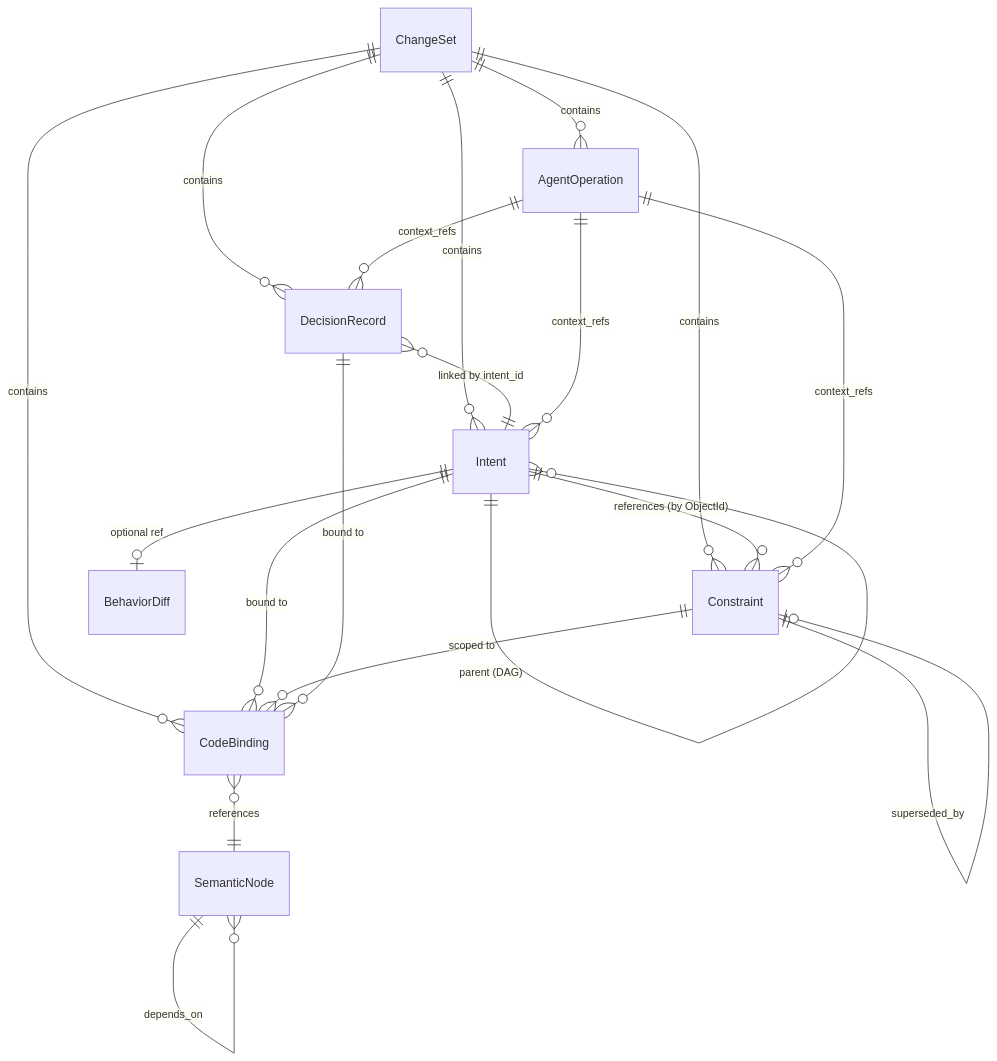
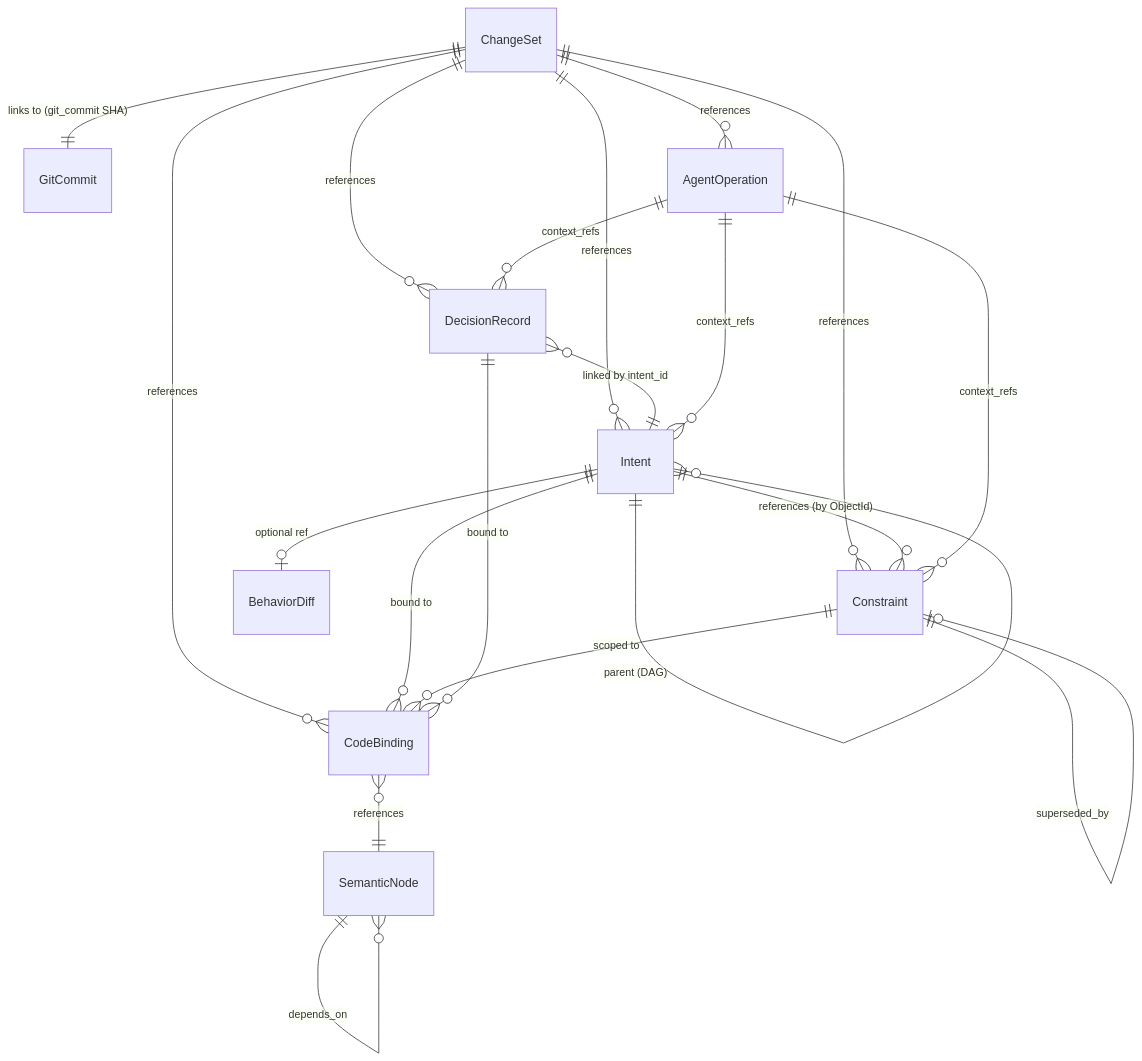
Before and after one commit to noahatfin/telos: the first of 6 diagrams in docs/TELOS_V2_DESIGN.md, drawn with Mermaid. The commit also changed other lines of this file, not shown here.

First line of the commit message:
Reframe v2 design: agent-first, permanently a Git layer

````diff
--- a/docs/TELOS_V2_DESIGN.md
+++ b/docs/TELOS_V2_DESIGN.md
@@ -180,26 +180,27 @@
 ```mermaid
 erDiagram
-    ChangeSet ||--o{ Intent : contains
-    ChangeSet ||--o{ Constraint : contains
-    ChangeSet ||--o{ DecisionRecord : contains
-    ChangeSet ||--o{ CodeBinding : contains
-    ChangeSet ||--o{ AgentOperation : contains
+    ChangeSet ||--|| GitCommit : "links to (git_commit SHA)"
+    ChangeSet ||--o{ Intent : references
+    ChangeSet ||--o{ Constraint : references
+    ChangeSet ||--o{ DecisionRecord : references
+    ChangeSet ||--o{ CodeBinding : references
+    ChangeSet ||--o{ AgentOperation : references
 
     Intent ||--o{ Constraint : "references (by ObjectId)"
     Intent ||--o{ CodeBinding : "bound to"
     Intent ||--o{ Intent : "parent (DAG)"
     Intent ||--o| BehaviorDiff : "optional ref"
 
     Constraint ||--o| Constraint : "superseded_by"
     Constraint ||--o{ CodeBinding : "scoped to"
 
     DecisionRecord }o--|| Intent : "linked by intent_id"
     DecisionRecord ||--o{ CodeBinding : "bound to"
 
     AgentOperation ||--o{ Intent : "context_refs"
     AgentOperation ||--o{ Constraint : "context_refs"
     AgentOperation ||--o{ DecisionRecord : "context_refs"
 
     SemanticNode ||--o{ SemanticNode : "depends_on"
     CodeBinding }o--|| SemanticNode : "references"
 ```
````
